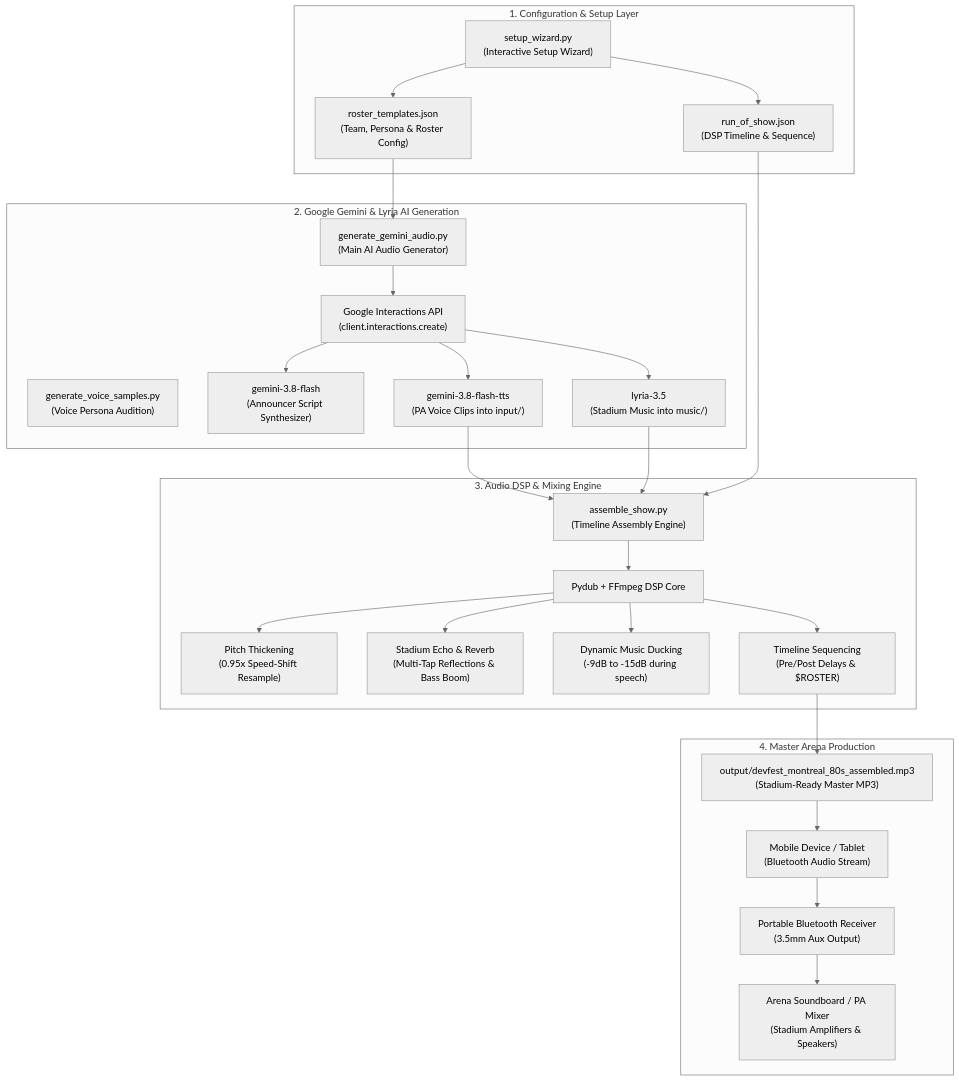
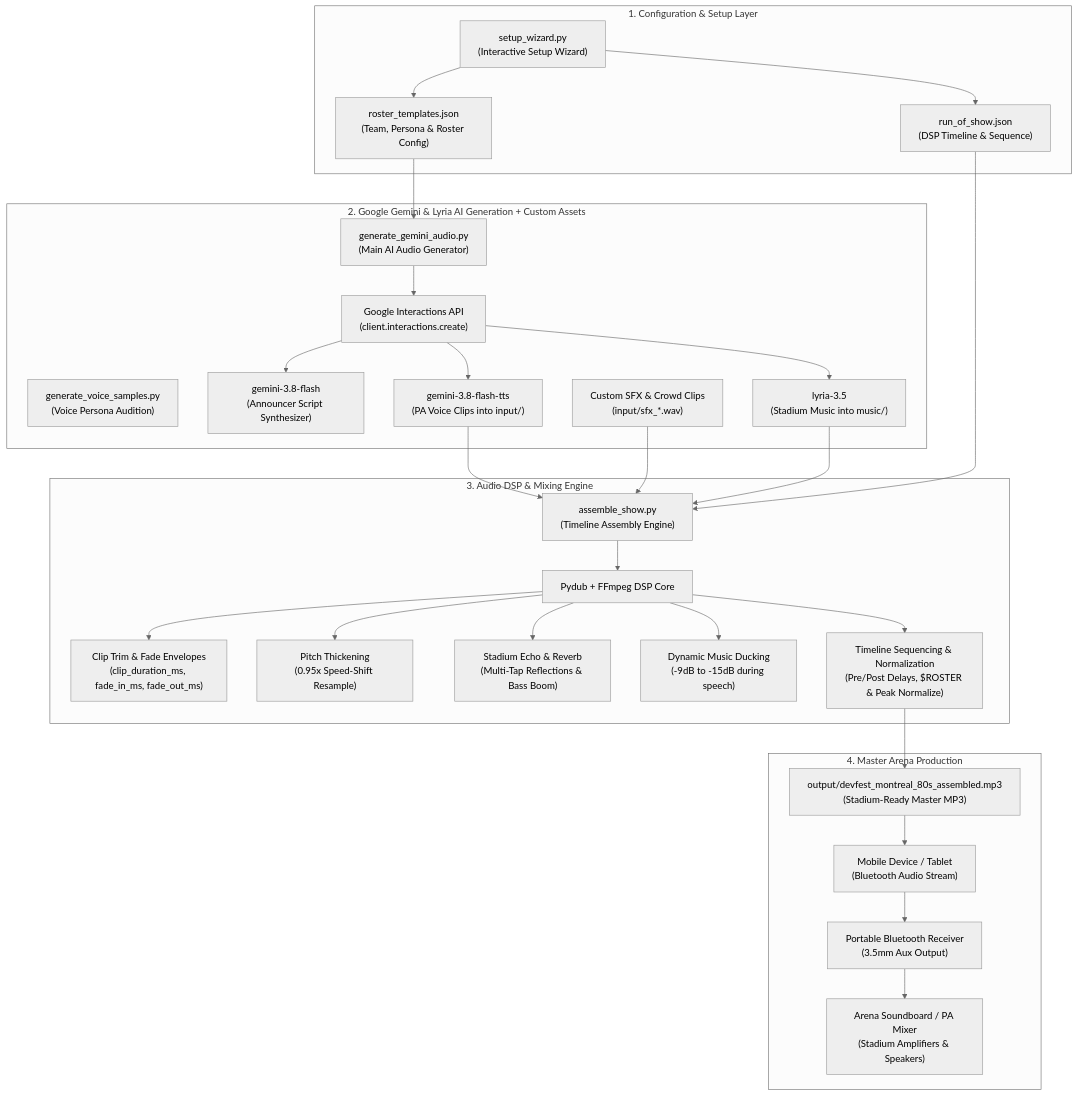
The first of 2 diagrams in README.md (aitalian/team-hype-ai), drawn with Mermaid (neutral theme) before and after one commit. The commit also changed other lines of this file, not shown here.

Commit message:
Update docs to add fade in/out examples

````diff
--- a/README.md
+++ b/README.md
@@ -42,55 +42,59 @@
 ```mermaid
 flowchart TD
     subgraph Config["1. Configuration & Setup Layer"]
         Wizard["setup_wizard.py\n(Interactive Setup Wizard)"]
         RosterJSON["roster_templates.json\n(Team, Persona & Roster Config)"]
         ShowJSON["run_of_show.json\n(DSP Timeline & Sequence)"]
         Wizard --> RosterJSON
         Wizard --> ShowJSON
     end
 
-    subgraph AI_Gen["2. Google Gemini & Lyria AI Generation"]
+    subgraph AI_Gen["2. Google Gemini & Lyria AI Generation + Custom Assets"]
         Audition["generate_voice_samples.py\n(Voice Persona Audition)"]
         AudioGen["generate_gemini_audio.py\n(Main AI Audio Generator)"]
         InteractionsAPI["Google Interactions API\n(client.interactions.create)"]
         FlashLLM["gemini-3.8-flash\n(Announcer Script Synthesizer)"]
         FlashTTS["gemini-3.8-flash-tts\n(PA Voice Clips into input/)"]
         LyriaMusic["lyria-3.5\n(Stadium Music into music/)"]
+        CustomSFX["Custom SFX & Crowd Clips\n(input/sfx_*.wav)"]
 
         RosterJSON --> AudioGen
         AudioGen --> InteractionsAPI
         InteractionsAPI --> FlashLLM
         InteractionsAPI --> FlashTTS
         InteractionsAPI --> LyriaMusic
     end
 
     subgraph DSP_Assembly["3. Audio DSP & Mixing Engine"]
         Assembler["assemble_show.py\n(Timeline Assembly Engine)"]
         PydubEngine["Pydub + FFmpeg DSP Core"]
+        TrimFade["Clip Trim & Fade Envelopes\n(clip_duration_ms, fade_in_ms, fade_out_ms)"]
         Thicken["Pitch Thickening\n(0.95x Speed-Shift Resample)"]
         Reverb["Stadium Echo & Reverb\n(Multi-Tap Reflections & Bass Boom)"]
         Ducking["Dynamic Music Ducking\n(-9dB to -15dB during speech)"]
-        Sequence["Timeline Sequencing\n(Pre/Post Delays & $ROSTER)"]
+        Sequence["Timeline Sequencing & Normalization\n(Pre/Post Delays, $ROSTER & Peak Normalize)"]
 
         FlashTTS --> Assembler
+        CustomSFX --> Assembler
         LyriaMusic --> Assembler
         ShowJSON --> Assembler
         Assembler --> PydubEngine
+        PydubEngine --> TrimFade
         PydubEngine --> Thicken
         PydubEngine --> Reverb
         PydubEngine --> Ducking
         PydubEngine --> Sequence
     end
 
     subgraph Output_Layer["4. Master Arena Production"]
         MasterFile["output/devfest_montreal_80s_assembled.mp3\n(Stadium-Ready Master MP3)"]
         MobileDevice["Mobile Device / Tablet\n(Bluetooth Audio Stream)"]
         Receiver["Portable Bluetooth Receiver\n(3.5mm Aux Output)"]
         Soundboard["Arena Soundboard / PA Mixer\n(Stadium Amplifiers & Speakers)"]
 
         Sequence --> MasterFile
         MasterFile --> MobileDevice
         MobileDevice --> Receiver
         Receiver --> Soundboard
     end
 ```
````
